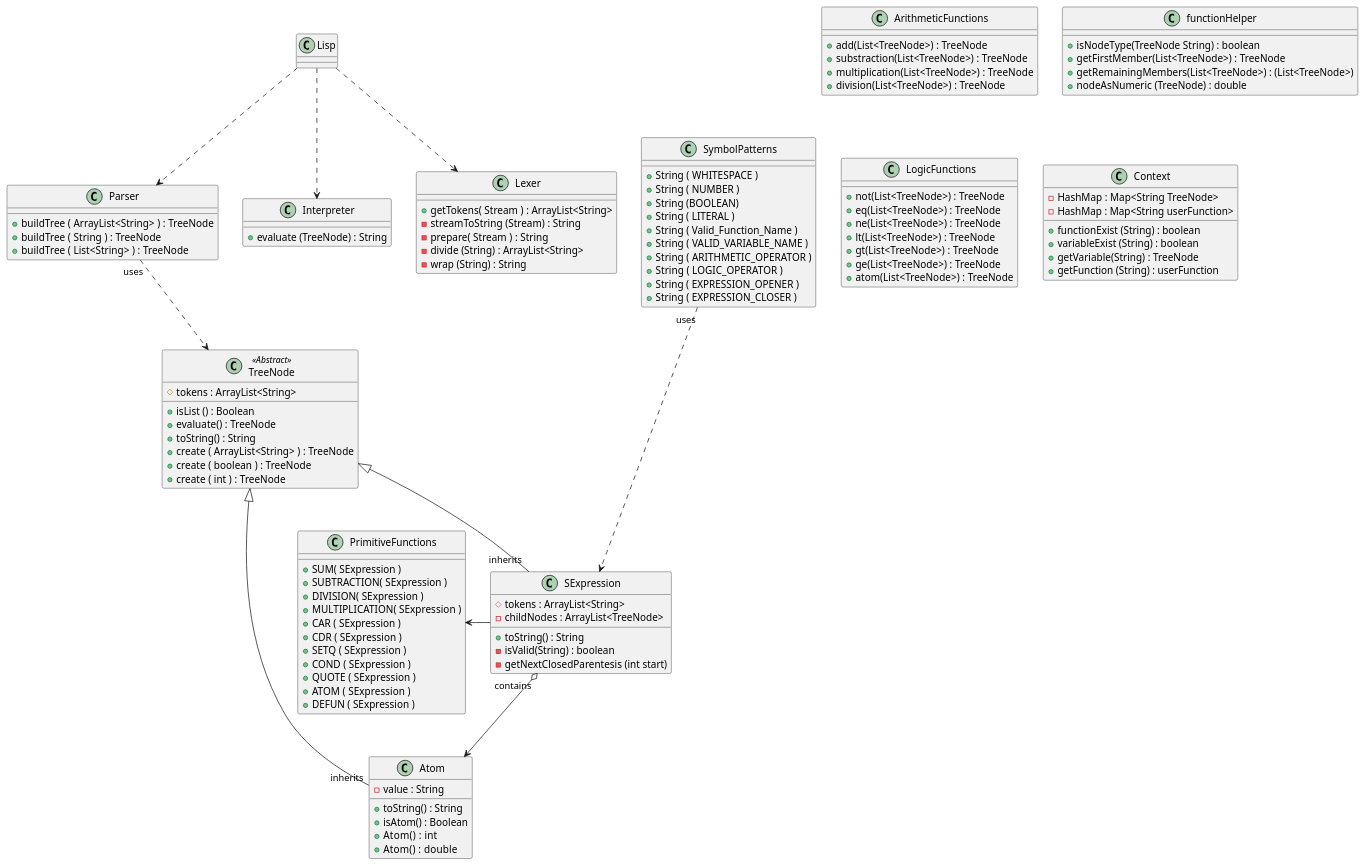
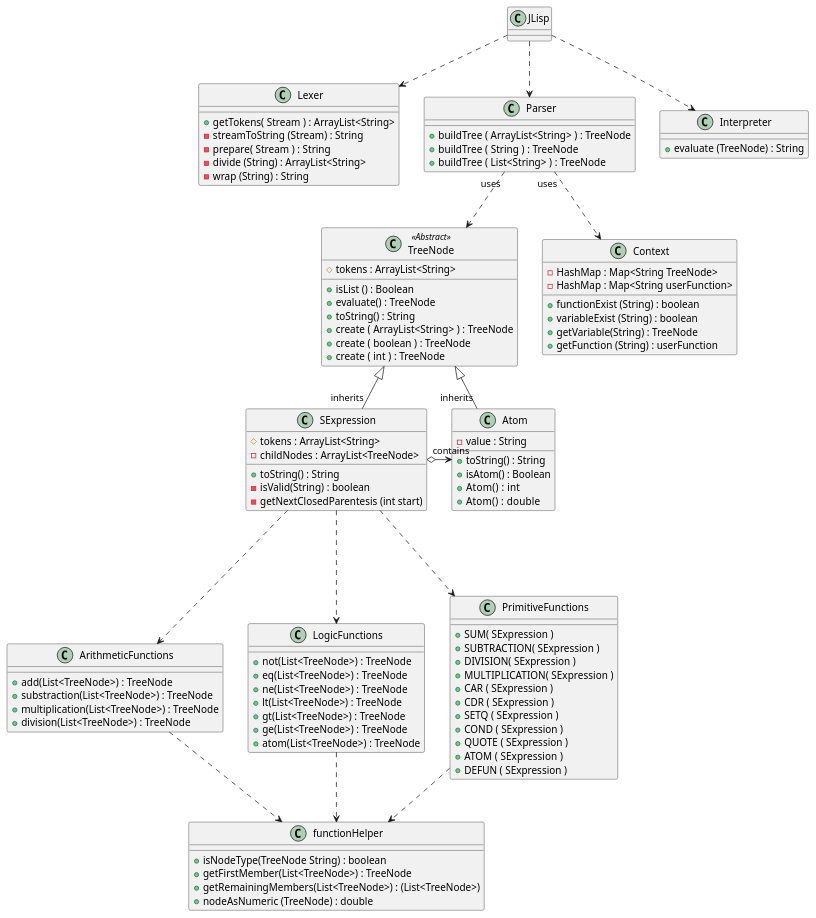
The diagram in classesUML.puml (DiegoLinares11/LISP-Project), drawn with PlantUML before and after one commit. The commit also changed 3 other files, not shown here.

```diff
--- a/classesUML.puml
+++ b/classesUML.puml
@@ -1,145 +1,135 @@
 @startuml
 'https://plantuml.com/class-diagram
 
-class Lisp
+class JLisp
 class Lexer
 class Parser
 class Interpreter
 class ArithmeticFunctions
 class functionHelper
 class LogicFunctions
 class Context
-Lisp ..> Lexer
-Lisp ..> Parser
-Lisp ..> Interpreter
+JLisp ..> Lexer
+JLisp ..> Parser
+JLisp ..> Interpreter
 
 abstract class TreeNode
 class Atom
 class SExpression
+class PrimitiveFunctions
 
-class PrimitiveFunctions
-class SymbolPatterns{
-   + String ( WHITESPACE )
-   + String ( NUMBER )
-   + String (BOOLEAN)
-   + String ( LITERAL )
-   + String ( Valid_Function_Name )
-   + String ( VALID_VARIABLE_NAME )
-   + String ( ARITHMETIC_OPERATOR )
-   + String ( LOGIC_OPERATOR )
-   + String ( EXPRESSION_OPENER )
-   + String ( EXPRESSION_CLOSER )
-
-
-
+class JLisp {
 }
-
-Parser "uses" ..> TreeNode
-SymbolPatterns "uses" ...> SExpression
-TreeNode <|-- "inherits" Atom
-TreeNode <|-- "inherits" SExpression
-SExpression "contains" o--> Atom
- PrimitiveFunctions <- SExpression
 
 class Lexer {
     + getTokens( Stream ) : ArrayList<String>
     - streamToString (Stream) : String
     - prepare( Stream ) : String
     - divide (String) : ArrayList<String>
     - wrap (String) : String
 
 }
 
 class Parser {
     + buildTree ( ArrayList<String> ) : TreeNode
     + buildTree ( String ) : TreeNode
     + buildTree ( List<String> ) : TreeNode
-
-
 }
 
 class Interpreter {
     + evaluate (TreeNode) : String
 }
 
 class TreeNode <<Abstract>>{
     # tokens : ArrayList<String>
     + isList () : Boolean
     + evaluate() : TreeNode
     + toString() : String
     + create ( ArrayList<String> ) : TreeNode
     + create ( boolean ) : TreeNode
     + create ( int ) : TreeNode
 
 }
 
 class Atom {
     - value : String
     + toString() : String
     + isAtom() : Boolean
     + Atom() :  int
     + Atom() :  double
 
 
 
 
 }
 
 class SExpression {
     'Talvez los tokens no sen necesarios'
     # tokens : ArrayList<String>
     - childNodes : ArrayList<TreeNode>
     + toString() : String
     - isValid(String) : boolean
     - getNextClosedParentesis (int start)
 }
 
 class PrimitiveFunctions{
    + SUM( SExpression )
    + SUBTRACTION( SExpression )
    + DIVISION( SExpression )
    + MULTIPLICATION( SExpression )
    + CAR ( SExpression )
    + CDR ( SExpression )
    + SETQ ( SExpression )
    + COND ( SExpression )
    + QUOTE ( SExpression )
    + ATOM ( SExpression )
    + DEFUN ( SExpression )
 
 }
 class ArithmeticFunctions{
     + add(List<TreeNode>) : TreeNode
     + substraction(List<TreeNode>) : TreeNode
     + multiplication(List<TreeNode>) : TreeNode
     + division(List<TreeNode>) : TreeNode
 
 }
 class functionHelper{
     + isNodeType(TreeNode String) : boolean
     + getFirstMember(List<TreeNode>) : TreeNode
     + getRemainingMembers(List<TreeNode>) : (List<TreeNode>)
     + nodeAsNumeric (TreeNode) : double
 
 }
 class LogicFunctions {
     + not(List<TreeNode>) : TreeNode
     + eq(List<TreeNode>) : TreeNode
     + ne(List<TreeNode>) : TreeNode
     + lt(List<TreeNode>) : TreeNode
     + gt(List<TreeNode>) : TreeNode
     + ge(List<TreeNode>) : TreeNode
     + atom(List<TreeNode>) : TreeNode
 
 }
 class Context{
     -HashMap : Map<String TreeNode>
     -HashMap : Map<String userFunction>
     +functionExist (String) : boolean
     + variableExist (String) : boolean
     +getVariable(String) : TreeNode
     +getFunction (String) : userFunction
 
 }
 
+Parser "uses" ..> TreeNode
+TreeNode <|-- "inherits" SExpression
+TreeNode <|- "inherits" Atom
+SExpression "contains" o-> Atom
+SExpression ...> ArithmeticFunctions
+SExpression ...> LogicFunctions
+SExpression ...> PrimitiveFunctions
+PrimitiveFunctions ..> functionHelper
+LogicFunctions ..> functionHelper
+ArithmeticFunctions ..> functionHelper
+Parser "uses" ..> Context
+
 @enduml
```
